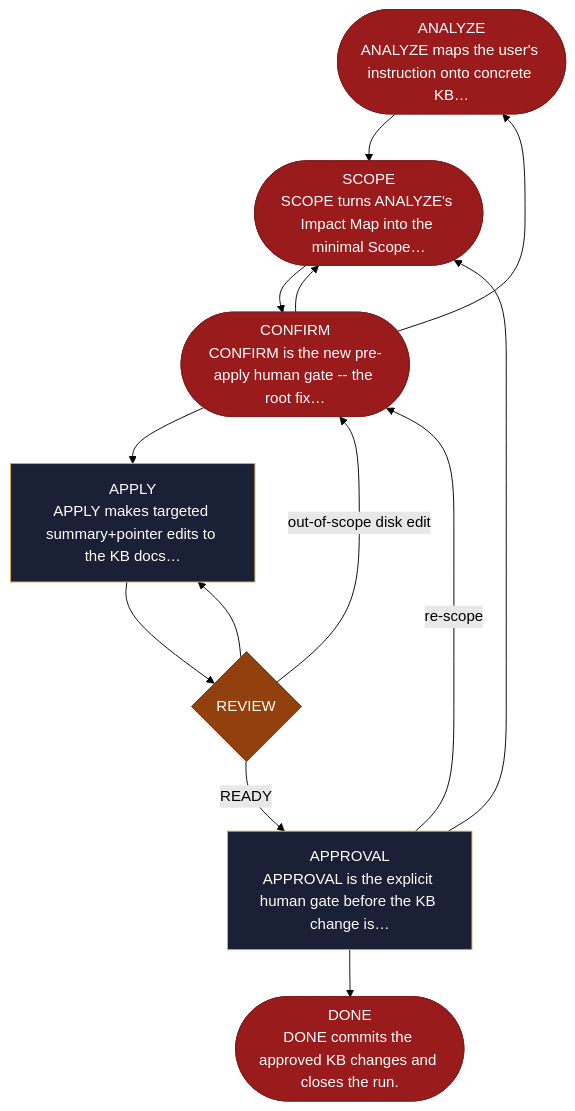
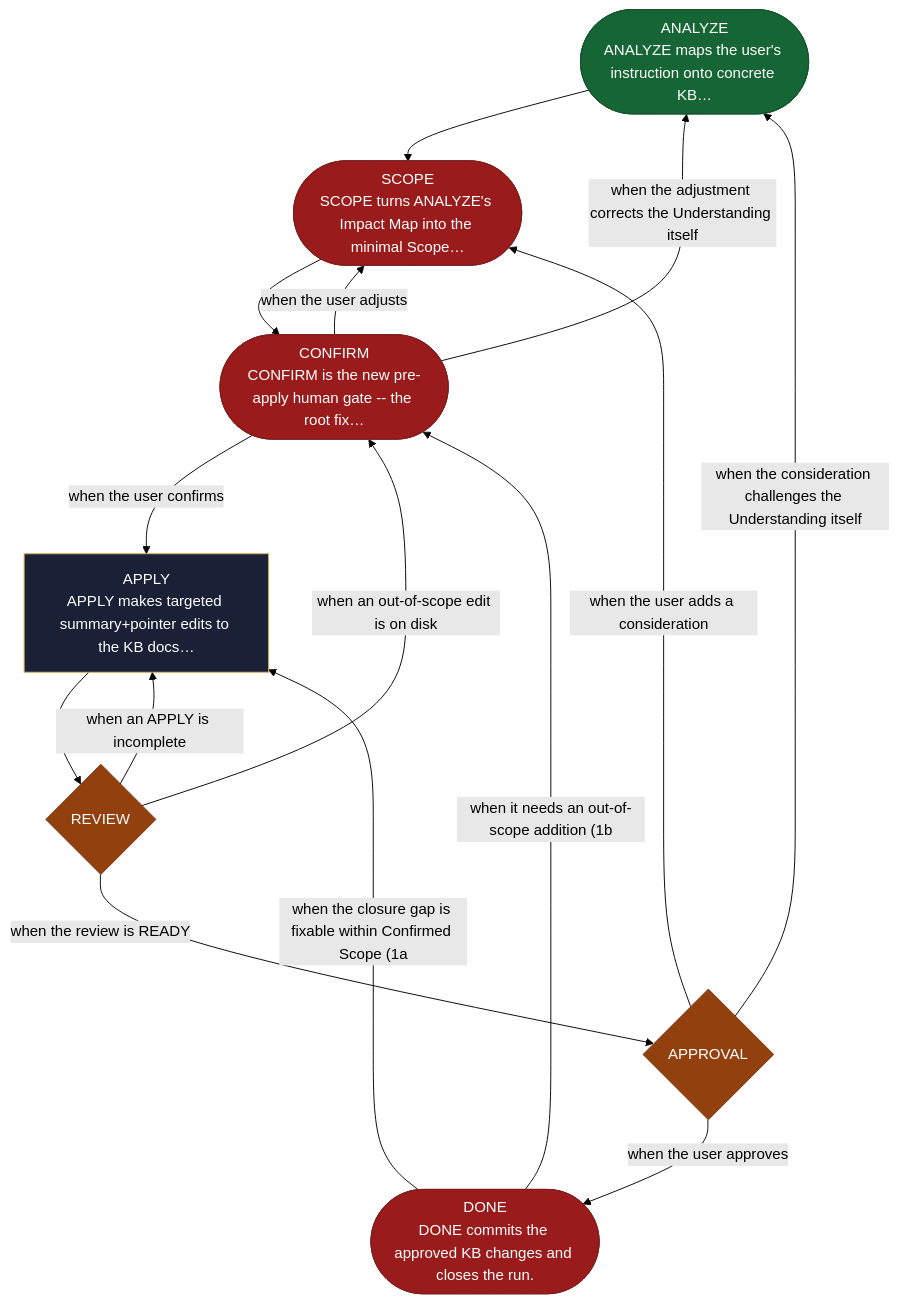
One commit to AndreVianna/aid-methodology changed the diagram in site/src/content/docs/skills/aid-update-kb.md. Above: the diagram before and after it, drawn with Mermaid (forest theme). The commit also changed other lines of this file and 251 other files, not shown here.

````diff
--- a/site/src/content/docs/skills/aid-update-kb.md
+++ b/site/src/content/docs/skills/aid-update-kb.md
@@ -20,42 +20,44 @@
 ```mermaid
 flowchart TB
   classDef aidNode color:#fff
   classDef aidEntry fill:#166534,stroke:#14532d,color:#fff
   classDef aidExit fill:#991b1b,stroke:#7f1d1d,color:#fff
   classDef aidDecision fill:#92400e,stroke:#78350f,color:#fff
   classDef aidLoopBack fill:#1e3a8a,stroke:#1e3a8a,color:#fff
   classDef aidStep fill:#1a2035,stroke:#d4a853,color:#f1f5f9
   n1(["ANALYZE<br/>ANALYZE maps the user's instruction onto concrete KB…"])
   n2(["SCOPE<br/>SCOPE turns ANALYZE's Impact Map into the minimal Scope…"])
   n3(["CONFIRM<br/>CONFIRM is the new pre-apply human gate -- the root fix…"])
   n4["APPLY<br/>APPLY makes targeted summary+pointer edits to the KB docs…"]
   n5{"REVIEW"}
-  n6["APPROVAL<br/>APPROVAL is the explicit human gate before the KB change is…"]
+  n6{"APPROVAL"}
   n7(["DONE<br/>DONE commits the approved KB changes and closes the run."])
   n1 --> n2
   n2 --> n3
-  n3 --> n1
-  n3 --> n2
-  n3 --> n4
+  n3 -->|"when the adjustment corrects the Understanding itself"| n1
+  n3 -->|"when the user adjusts"| n2
+  n3 -->|"when the user confirms"| n4
   n4 --> n5
-  n5 -->|"out-of-scope disk edit"| n3
-  n5 --> n4
-  n5 -->|"READY"| n6
-  n6 --> n2
-  n6 -->|"re-scope"| n3
-  n6 --> n7
-  class n1 aidExit
+  n5 -->|"when an out-of-scope edit is on disk"| n3
+  n5 -->|"when an APPLY is incomplete"| n4
+  n5 -->|"when the review is READY"| n6
+  n6 -->|"when the consideration challenges the Understanding itself"| n1
+  n6 -->|"when the user adds a consideration"| n2
+  n6 -->|"when the user approves"| n7
+  n7 -->|"when it needs an out-of-scope addition (1b"| n3
+  n7 -->|"when the closure gap is fixable within Confirmed Scope (1a"| n4
+  class n1 aidEntry
   class n2 aidExit
   class n3 aidExit
   class n4 aidStep
   class n5 aidDecision
-  class n6 aidStep
+  class n6 aidDecision
   class n7 aidExit
   class n1 aidNode
   class n2 aidNode
   class n3 aidNode
   class n4 aidNode
   class n5 aidNode
   class n6 aidNode
   class n7 aidNode
 ```
````
